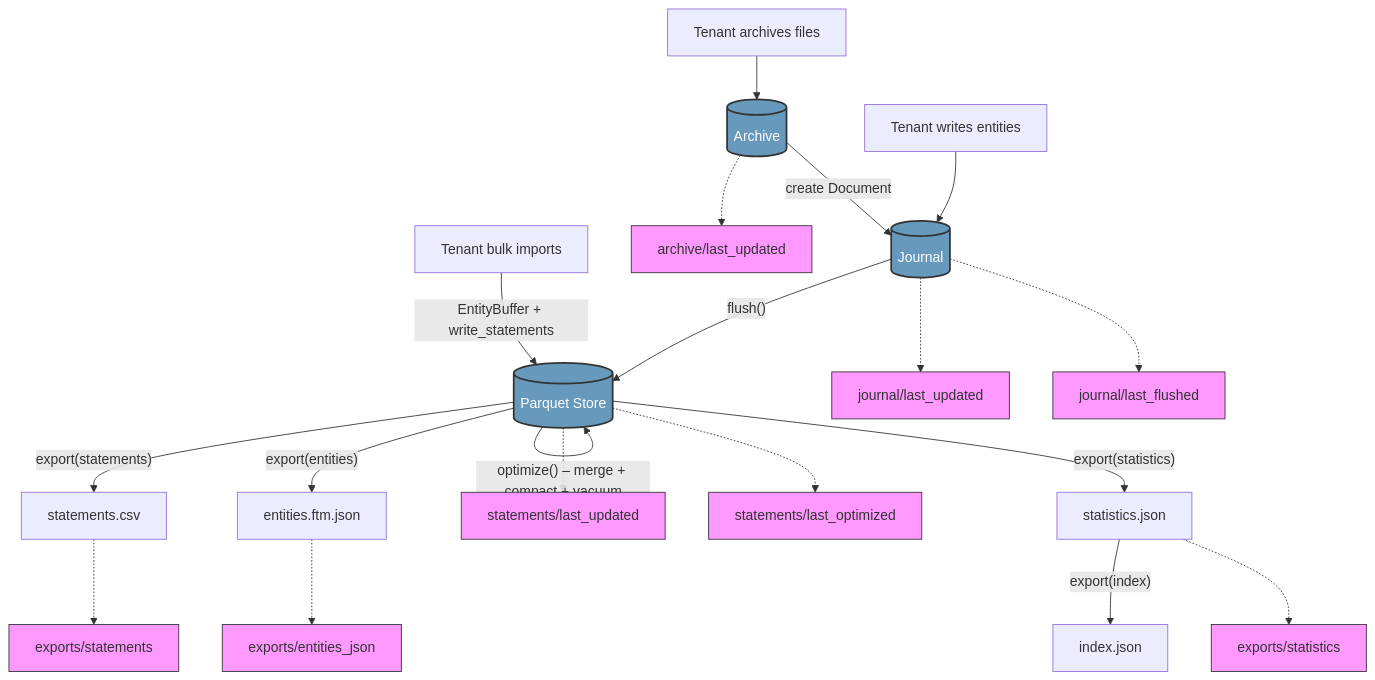
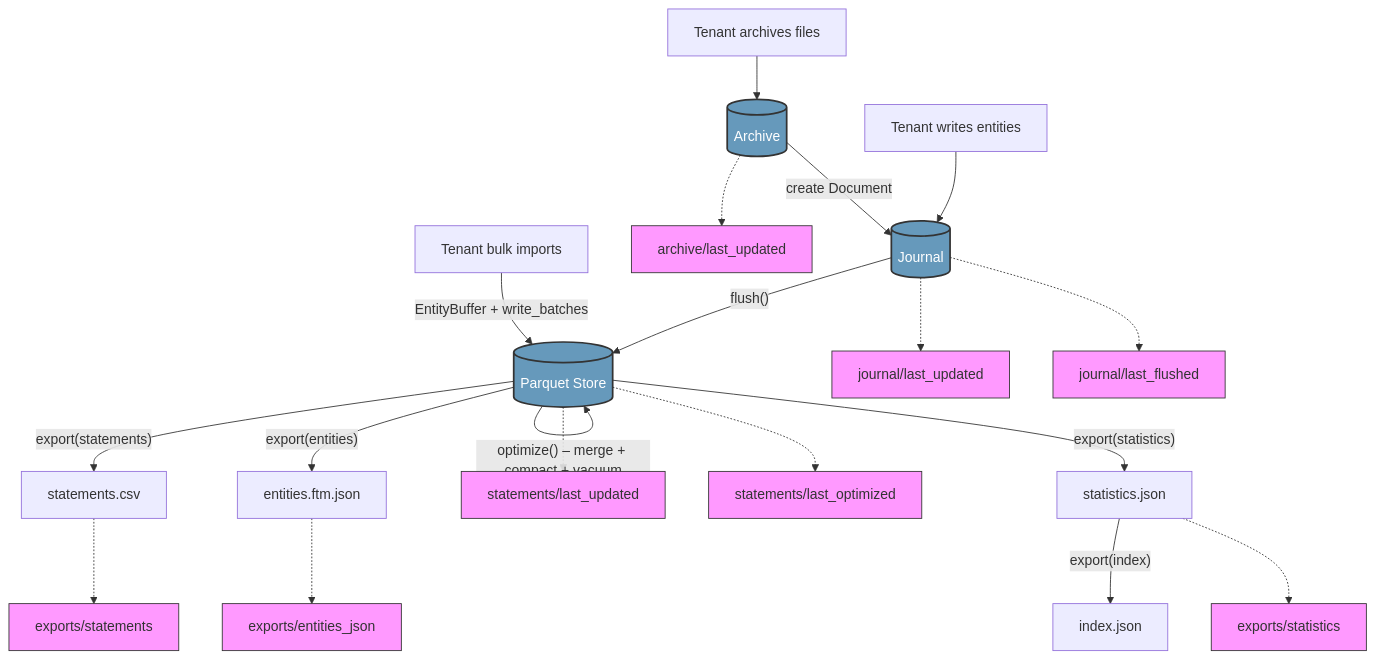
One commit to openaleph/ftm-lakehouse changed the second of 2 diagrams in docs/architecture.md. Above: the diagram before and after it, drawn with Mermaid. The commit also changed 17 other files, not shown here.

````diff
--- a/docs/architecture.md
+++ b/docs/architecture.md
@@ -330,30 +330,30 @@
 ```mermaid
 flowchart TD
     A[Tenant writes entities] --> B[(Journal)]
     A2[Tenant archives files] --> AR[(Archive)]
     AR -.-> T0[archive/last_updated]
     AR --> |"create Document"| B
 
     B --> |"flush()"| C[(Parquet Store)]
-    A3[Tenant bulk imports] --> |"EntityBuffer + write_statements"| C
+    A3[Tenant bulk imports] --> |"EntityBuffer + write_batches"| C
 
     C --> |"optimize() – merge + compact + vacuum"| C
 
     C --> |"export(statements)"| D[statements.csv]
     C --> |"export(entities)"| E[entities.ftm.json]
     C --> |"export(statistics)"| F[statistics.json]
     F --> |"export(index)"| G[index.json]
 
     B -.-> T1[journal/last_updated]
     B -.-> T1b[journal/last_flushed]
     C -.-> T2[statements/last_updated]
     C -.-> T2a[statements/last_optimized]
     D -.-> T3[exports/statements]
     E -.-> T4[exports/entities_json]
     F -.-> T5[exports/statistics]
 
     classDef tag fill:#f9f,stroke:#333,stroke-width:1px
     classDef storage fill:#69b,stroke:#333,stroke-width:2px,color:#fff
     class T0,T1,T1b,T2,T2a,T3,T4,T5 tag
     class B,C,AR storage
 ```
````
